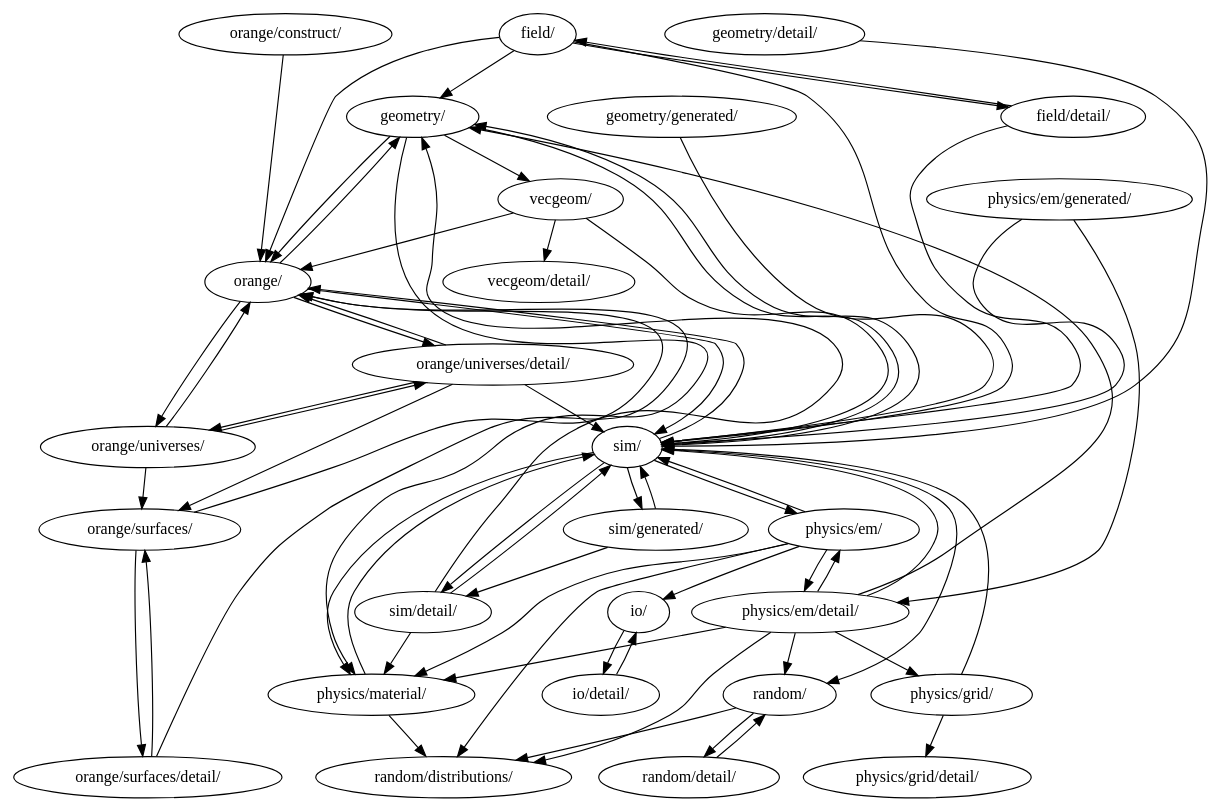
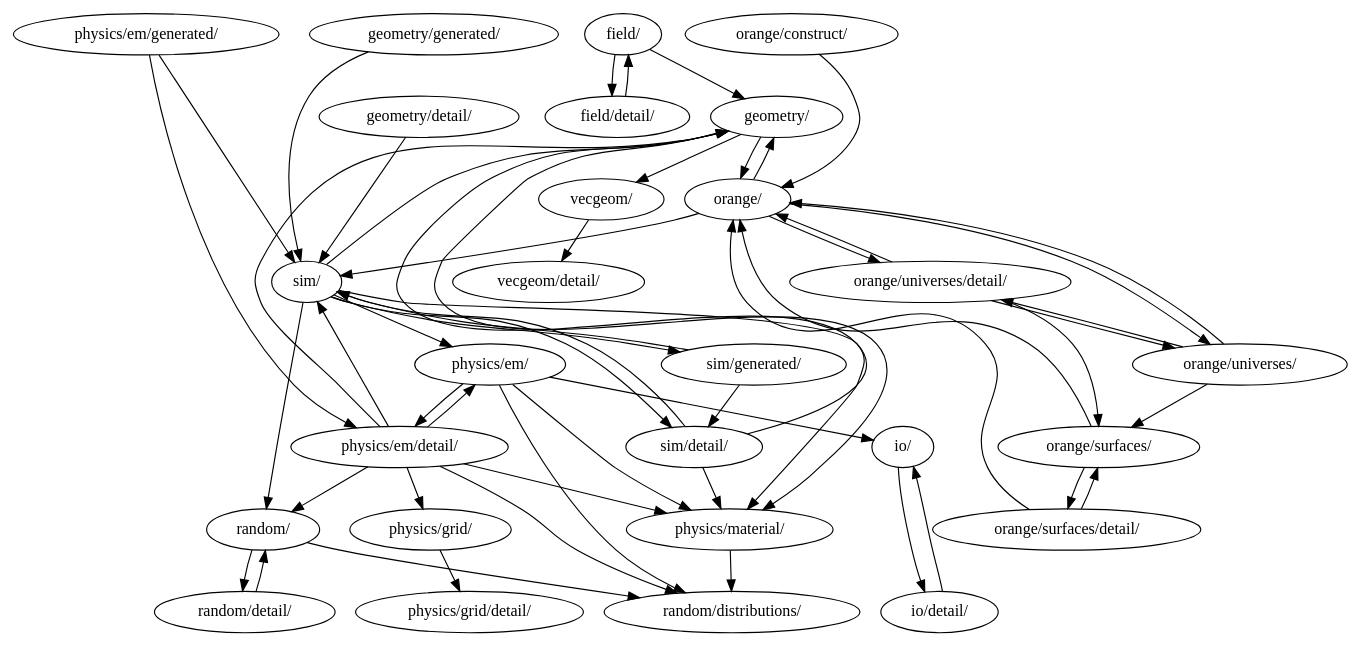
One commit to simbarras/celeritas-docs changed the diagram in nb/admin/fig/simple_old.dot. Above: the diagram before and after it, drawn with Graphviz. The commit also changed 18 other files, not shown here.

```diff
--- a/nb/admin/fig/simple_old.dot
+++ b/nb/admin/fig/simple_old.dot
@@ -1,68 +1,57 @@
 digraph packages {
-"field/" -> "geometry/" [weight=0.062] // [0.125]
-"field/" -> "orange/" [weight=0.062] // [0.125]
-"field/" -> "field/detail/" [weight=0.229] // [0.125, 0.3333333333333333]
-"field/" -> "sim/" [weight=0.153] // [0.25, 0.3333333333333333, 0.3333333333333333]
-"field/detail/" -> "field/" [weight=0.167] // [0.16666666666666666]
-"field/detail/" -> "sim/" [weight=0.083] // [0.16666666666666666]
-"geometry/" -> "sim/" [weight=0.117] // [0.2, 0.3333333333333333, 0.16666666666666666]
+"field/" -> "geometry/" [weight=0.071] // [0.14285714285714285]
+"field/" -> "field/detail/" [weight=0.238] // [0.14285714285714285, 0.3333333333333333]
+"field/detail/" -> "field/" [weight=0.200] // [0.2]
 "geometry/" -> "vecgeom/" [weight=0.250] // [0.5, 0.5, 0.5]
-"geometry/" -> "orange/" [weight=0.233] // [0.5, 0.3333333333333333, 0.5, 0.5, 0.5]
-"geometry/" -> "physics/material/" [weight=0.083] // [0.16666666666666666]
+"geometry/" -> "orange/" [weight=0.250] // [0.5, 0.5, 0.5]
+"geometry/" -> "physics/material/" [weight=0.100] // [0.2]
 "geometry/detail/" -> "sim/" [weight=0.500] // [1.0]
 "geometry/generated/" -> "sim/" [weight=0.125] // [0.25]
 "io/" -> "io/detail/" [weight=0.417] // [0.5, 0.3333333333333333]
 "io/detail/" -> "io/" [weight=0.333] // [0.3333333333333333]
-"orange/" -> "sim/" [weight=0.077] // [0.16666666666666666, 0.14285714285714285]
-"orange/" -> "geometry/" [weight=0.083] // [0.16666666666666666]
-"orange/" -> "orange/universes/" [weight=0.143] // [0.14285714285714285]
-"orange/" -> "orange/universes/detail/" [weight=0.143] // [0.14285714285714285]
-"orange/construct/" -> "orange/" [weight=0.446] // [1.0, 0.2, 0.3333333333333333, 0.25]
-"orange/surfaces/" -> "orange/" [weight=0.514] // [0.16666666666666666, 0.16666666666666666, 0.25, 0.5, 1.0, 1.0]
+"orange/" -> "sim/" [weight=0.100] // [0.2]
+"orange/" -> "geometry/" [weight=0.100] // [0.2]
+"orange/" -> "orange/universes/" [weight=0.200] // [0.2]
+"orange/" -> "orange/universes/detail/" [weight=0.200] // [0.2]
+"orange/construct/" -> "orange/" [weight=0.467] // [1.0, 0.2, 0.3333333333333333, 0.3333333333333333]
+"orange/surfaces/" -> "orange/" [weight=0.517] // [0.16666666666666666, 0.16666666666666666, 0.25, 1.0, 1.0]
 "orange/surfaces/" -> "orange/surfaces/detail/" [weight=0.300] // [0.16666666666666666, 0.16666666666666666, 0.16666666666666666, 0.16666666666666666, 0.3333333333333333]
 "orange/surfaces/detail/" -> "orange/" [weight=0.175] // [0.25, 0.1]
 "orange/surfaces/detail/" -> "orange/surfaces/" [weight=0.150] // [0.1]
 "orange/universes/" -> "orange/" [weight=0.156] // [0.1111111111111111, 0.2]
 "orange/universes/" -> "orange/surfaces/" [weight=0.111] // [0.1111111111111111]
 "orange/universes/" -> "orange/universes/detail/" [weight=0.167] // [0.1111111111111111]
 "orange/universes/detail/" -> "orange/" [weight=0.292] // [0.25, 0.3333333333333333]
 "orange/universes/detail/" -> "orange/surfaces/" [weight=0.143] // [0.14285714285714285]
 "orange/universes/detail/" -> "orange/universes/" [weight=0.257] // [0.14285714285714285, 0.2]
-"orange/universes/detail/" -> "sim/" [weight=0.100] // [0.2]
 "physics/em/" -> "random/distributions/" [weight=0.071] // [0.14285714285714285, 0.14285714285714285]
-"physics/em/" -> "sim/" [weight=0.092] // [0.16666666666666666, 0.2]
 "physics/em/" -> "io/" [weight=0.089] // [0.2, 0.16666666666666666, 0.16666666666666666]
 "physics/em/" -> "physics/em/detail/" [weight=0.410] // [0.3333333333333333, 0.2, 0.125, 0.3333333333333333, 0.3333333333333333, 0.3333333333333333, 0.16666666666666666, 0.16666666666666666, 0.5, 0.3333333333333333, 0.25, 0.25, 0.16666666666666666, 0.3333333333333333]
 "physics/em/" -> "physics/material/" [weight=0.205] // [0.25, 0.125, 0.125, 0.16666666666666666, 0.16666666666666666, 0.25, 0.25, 0.25, 0.25, 0.25, 0.16666666666666666]
-"physics/em/detail/" -> "sim/" [weight=0.090] // [0.3333333333333333, 0.2, 0.05263157894736842, 0.25, 0.25, 0.25, 0.5, 0.25, 0.3333333333333333, 0.1, 0.16666666666666666, 0.14285714285714285, 0.1111111111111111, 0.3333333333333333, 0.2, 0.25, 0.2, 0.1, 0.08333333333333333, 0.2, 0.07692307692307693, 0.2, 0.05555555555555555, 0.2, 0.07692307692307693, 0.14285714285714285, 0.0625, 0.2, 0.2, 0.08333333333333333, 0.07692307692307693, 0.06666666666666667]
-"physics/em/detail/" -> "physics/material/" [weight=0.088] // [0.058823529411764705, 0.05263157894736842, 0.1, 0.14285714285714285, 0.0625, 0.08333333333333333, 0.05555555555555555, 0.07692307692307693, 0.2, 0.0625, 0.07692307692307693]
-"physics/em/detail/" -> "random/distributions/" [weight=0.062] // [0.058823529411764705, 0.2, 0.25, 0.08333333333333333, 0.16666666666666666, 0.16666666666666666, 0.125, 0.07692307692307693, 0.0625, 0.058823529411764705, 0.2, 0.0625, 0.08333333333333333, 0.07692307692307693, 0.16666666666666666, 0.16666666666666666, 0.07692307692307693, 0.2, 0.06666666666666667]
+"physics/em/detail/" -> "physics/material/" [weight=0.091] // [0.058823529411764705, 0.05555555555555555, 0.1111111111111111, 0.14285714285714285, 0.0625, 0.09090909090909091, 0.058823529411764705, 0.08333333333333333, 0.2, 0.06666666666666667, 0.07142857142857142]
+"physics/em/detail/" -> "random/distributions/" [weight=0.061] // [0.058823529411764705, 0.2, 0.25, 0.08333333333333333, 0.16666666666666666, 0.16666666666666666, 0.125, 0.07692307692307693, 0.0625, 0.058823529411764705, 0.2, 0.0625, 0.09090909090909091, 0.08333333333333333, 0.16666666666666666, 0.16666666666666666, 0.08333333333333333, 0.2, 0.07142857142857142, 0.07692307692307693]
+"physics/em/detail/" -> "sim/" [weight=0.113] // [0.2, 0.25, 0.25, 0.25, 0.25, 0.3333333333333333, 0.16666666666666666, 0.14285714285714285, 0.3333333333333333, 0.2, 0.25, 0.2, 0.2, 0.2, 0.2, 0.2, 0.2]
 "physics/em/detail/" -> "physics/em/" [weight=0.333] // [0.5, 0.16666666666666666, 0.16666666666666666, 0.2, 0.125, 0.0625, 0.3333333333333333]
-"physics/em/detail/" -> "physics/grid/" [weight=0.114] // [0.1, 0.16666666666666666, 0.0625, 0.1111111111111111, 0.16666666666666666, 0.16666666666666666, 0.14285714285714285, 0.08333333333333333, 0.07692307692307693, 0.06666666666666667]
-"physics/em/detail/" -> "random/" [weight=0.036] // [0.07692307692307693, 0.06666666666666667]
-"physics/em/detail/" -> "geometry/" [weight=0.036] // [0.07692307692307693, 0.06666666666666667]
+"physics/em/detail/" -> "physics/grid/" [weight=0.120] // [0.1111111111111111, 0.16666666666666666, 0.0625, 0.125, 0.16666666666666666, 0.16666666666666666, 0.16666666666666666, 0.09090909090909091, 0.07142857142857142, 0.07692307692307693]
+"physics/em/detail/" -> "random/" [weight=0.040] // [0.08333333333333333, 0.07692307692307693]
+"physics/em/detail/" -> "geometry/" [weight=0.037] // [0.07142857142857142, 0.07692307692307693]
 "physics/em/generated/" -> "sim/" [weight=0.125] // [0.25, 0.25, 0.25, 0.25, 0.25, 0.25, 0.25, 0.25, 0.25, 0.25]
 "physics/em/generated/" -> "physics/em/detail/" [weight=0.375] // [0.25, 0.25, 0.25, 0.25, 0.25, 0.25, 0.25, 0.25, 0.25, 0.25]
-"physics/grid/" -> "sim/" [weight=0.103] // [0.16666666666666666, 0.25, 0.2]
-"physics/grid/" -> "physics/grid/detail/" [weight=0.308] // [0.16666666666666666, 0.2, 0.25]
-"physics/material/" -> "random/distributions/" [weight=0.062] // [0.125]
-"physics/material/" -> "sim/" [weight=0.087] // [0.125, 0.25, 0.2, 0.125, 0.14285714285714285, 0.2]
+"physics/grid/" -> "physics/grid/detail/" [weight=0.325] // [0.2, 0.2, 0.25]
+"physics/material/" -> "random/distributions/" [weight=0.071] // [0.14285714285714285]
 "random/" -> "random/detail/" [weight=0.155] // [0.14285714285714285, 0.16666666666666666]
 "random/" -> "random/distributions/" [weight=0.250] // [0.25, 0.3333333333333333, 0.16666666666666666]
 "random/detail/" -> "random/" [weight=0.333] // [0.3333333333333333]
 "sim/" -> "geometry/" [weight=0.045] // [0.09090909090909091, 0.09090909090909091]
 "sim/" -> "physics/em/" [weight=0.045] // [0.09090909090909091, 0.09090909090909091]
 "sim/" -> "physics/material/" [weight=0.045] // [0.09090909090909091, 0.09090909090909091]
 "sim/" -> "random/" [weight=0.045] // [0.09090909090909091, 0.09090909090909091]
-"sim/" -> "orange/" [weight=0.090] // [0.1111111111111111, 0.25]
 "sim/" -> "sim/detail/" [weight=0.217] // [0.1, 0.3333333333333333]
 "sim/" -> "sim/generated/" [weight=0.100] // [0.1]
-"sim/detail/" -> "geometry/" [weight=0.065] // [0.1, 0.125, 0.16666666666666666]
+"sim/detail/" -> "geometry/" [weight=0.061] // [0.1, 0.125, 0.14285714285714285]
 "sim/detail/" -> "physics/material/" [weight=0.050] // [0.1]
-"sim/detail/" -> "sim/" [weight=0.245] // [0.1, 0.125, 0.5, 0.16666666666666666, 0.3333333333333333]
+"sim/detail/" -> "sim/" [weight=0.240] // [0.1, 0.125, 0.5, 0.14285714285714285, 0.3333333333333333]
 "sim/generated/" -> "sim/detail/" [weight=0.192] // [0.2, 0.2, 0.16666666666666666, 0.2]
 "sim/generated/" -> "sim/" [weight=0.192] // [0.2, 0.2, 0.16666666666666666, 0.2]
-"vecgeom/" -> "orange/" [weight=0.093] // [0.1111111111111111, 0.3333333333333333, 0.1111111111111111]
-"vecgeom/" -> "sim/" [weight=0.056] // [0.1111111111111111]
-"vecgeom/" -> "vecgeom/detail/" [weight=0.111] // [0.1111111111111111, 0.1111111111111111]
+"vecgeom/" -> "vecgeom/detail/" [weight=0.134] // [0.14285714285714285, 0.125]
 }
```
